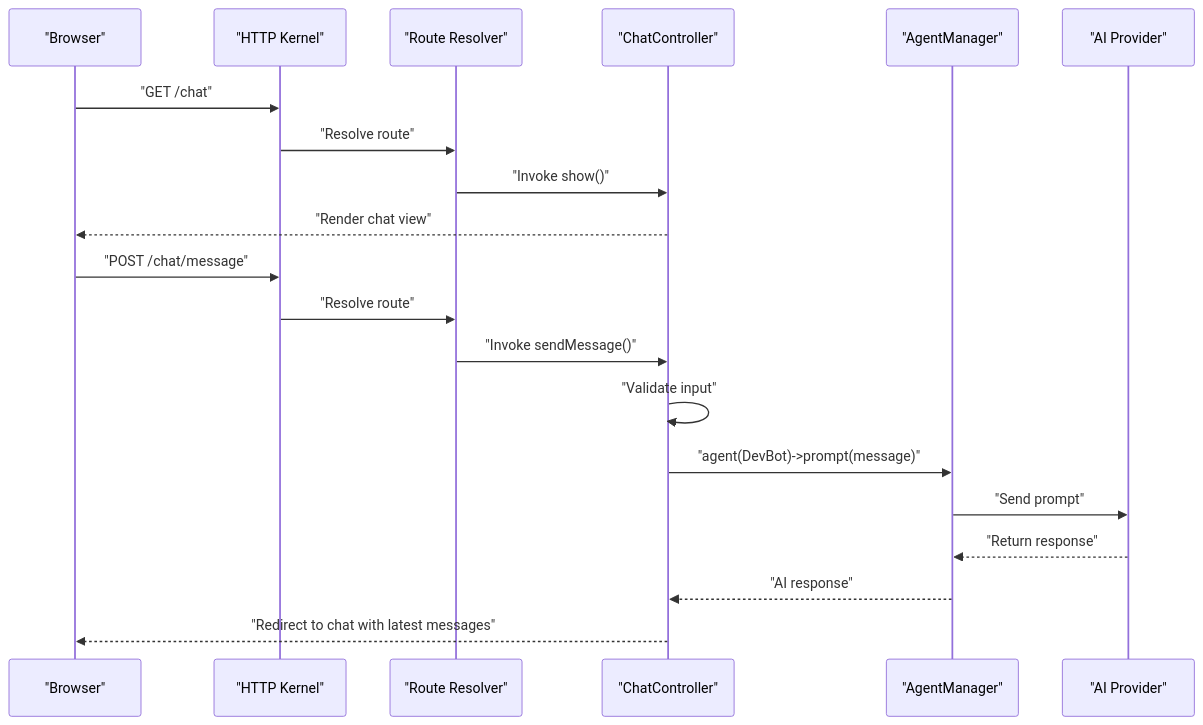
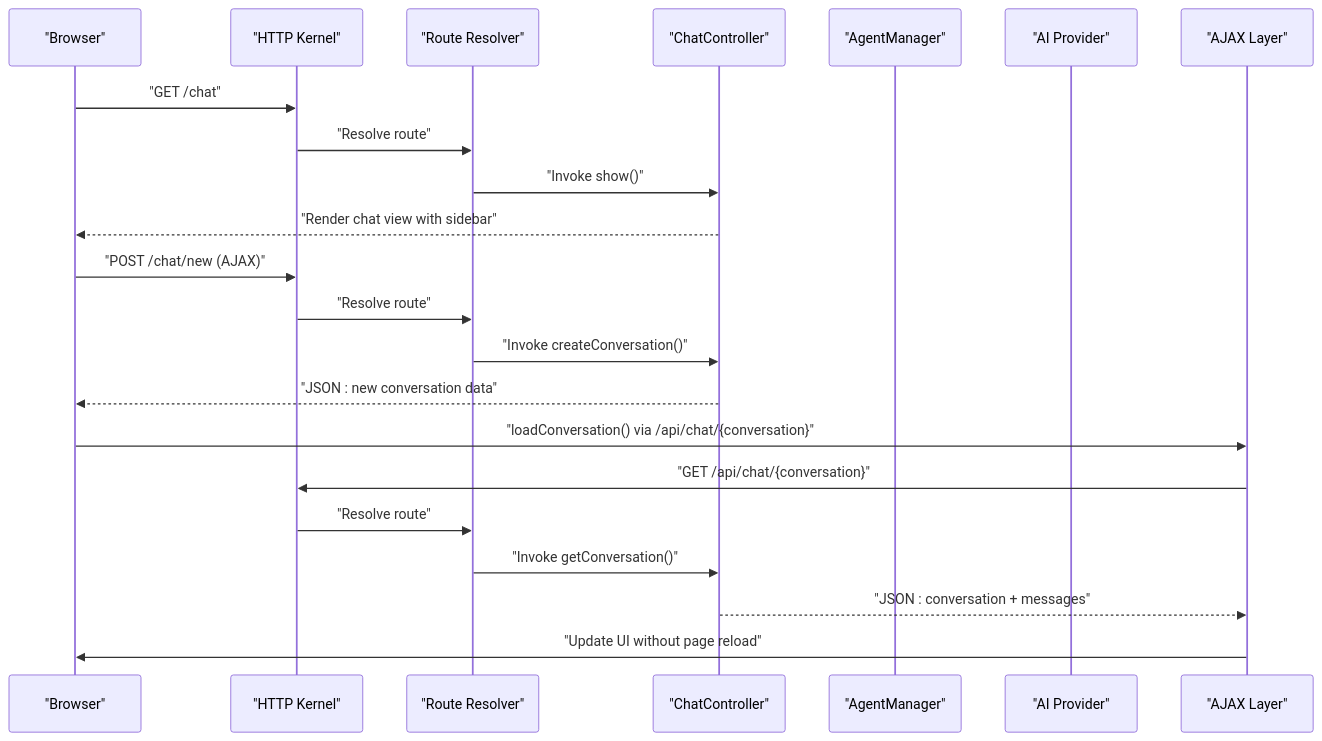
The second of 9 diagrams in .qoder/repowiki/en/content/Laravel Application Components/Routing.md (siimliimand/laravel-assistant), drawn with Mermaid before and after one commit. The commit also changed other lines of this file and 7 other files, not shown here.

First line of the commit message:
feat(mcp-client): integrate MCP protocol client service for DevBot AI agent tools

````diff
--- a/.qoder/repowiki/en/content/Laravel Application Components/Routing.md
+++ b/.qoder/repowiki/en/content/Laravel Application Components/Routing.md
@@ -102,22 +129,24 @@
 ```mermaid
 sequenceDiagram
 participant Browser as "Browser"
 participant Kernel as "HTTP Kernel"
 participant Router as "Route Resolver"
 participant Controller as "ChatController"
 participant AgentMgr as "AgentManager"
 participant AIProv as "AI Provider"
+participant AJAX as "AJAX Layer"
 Browser->>Kernel : "GET /chat"
 Kernel->>Router : "Resolve route"
 Router->>Controller : "Invoke show()"
-Controller-->>Browser : "Render chat view"
-Browser->>Kernel : "POST /chat/message"
+Controller-->>Browser : "Render chat view with sidebar"
+Browser->>Kernel : "POST /chat/new (AJAX)"
 Kernel->>Router : "Resolve route"
-Router->>Controller : "Invoke sendMessage()"
-Controller->>Controller : "Validate input"
-Controller->>AgentMgr : "agent(DevBot)->prompt(message)"
-AgentMgr->>AIProv : "Send prompt"
-AIProv-->>AgentMgr : "Return response"
-AgentMgr-->>Controller : "AI response"
-Controller-->>Browser : "Redirect to chat with latest messages"
+Router->>Controller : "Invoke createConversation()"
+Controller-->>Browser : "JSON : new conversation data"
+Browser->>AJAX : "loadConversation() via /api/chat/{conversation}"
+AJAX->>Kernel : "GET /api/chat/{conversation}"
+Kernel->>Router : "Resolve route"
+Router->>Controller : "Invoke getConversation()"
+Controller-->>AJAX : "JSON : conversation + messages"
+AJAX->>Browser : "Update UI without page reload"
 ```
````
